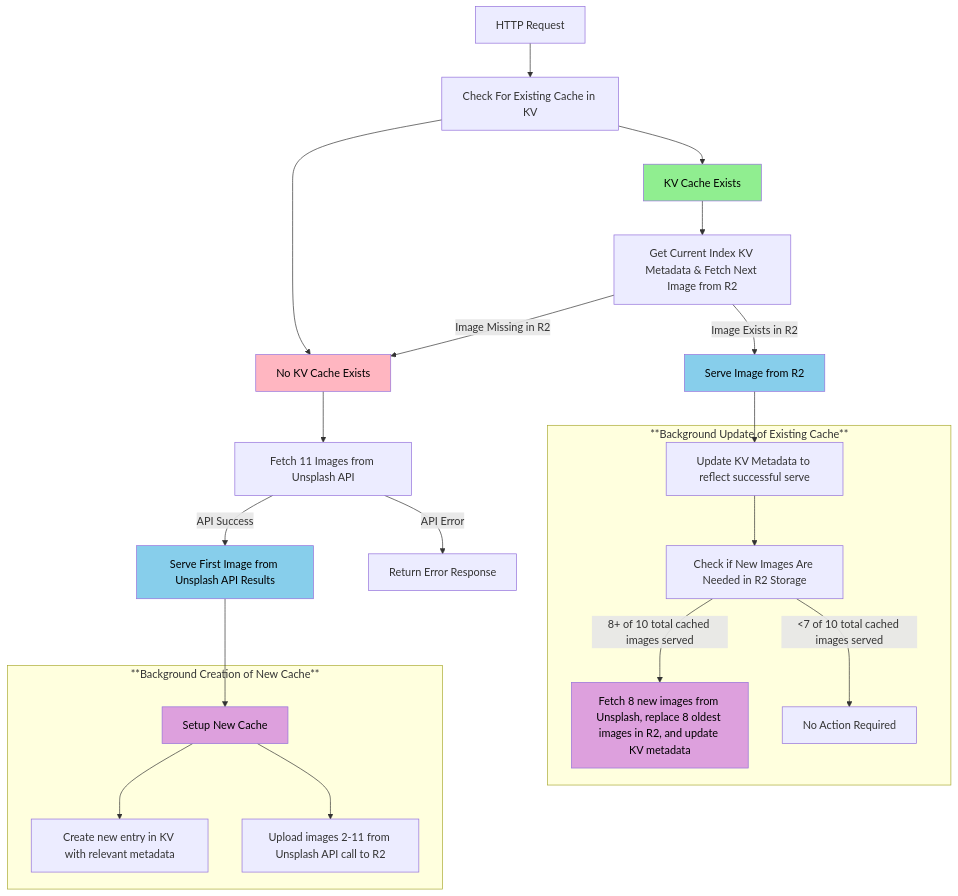
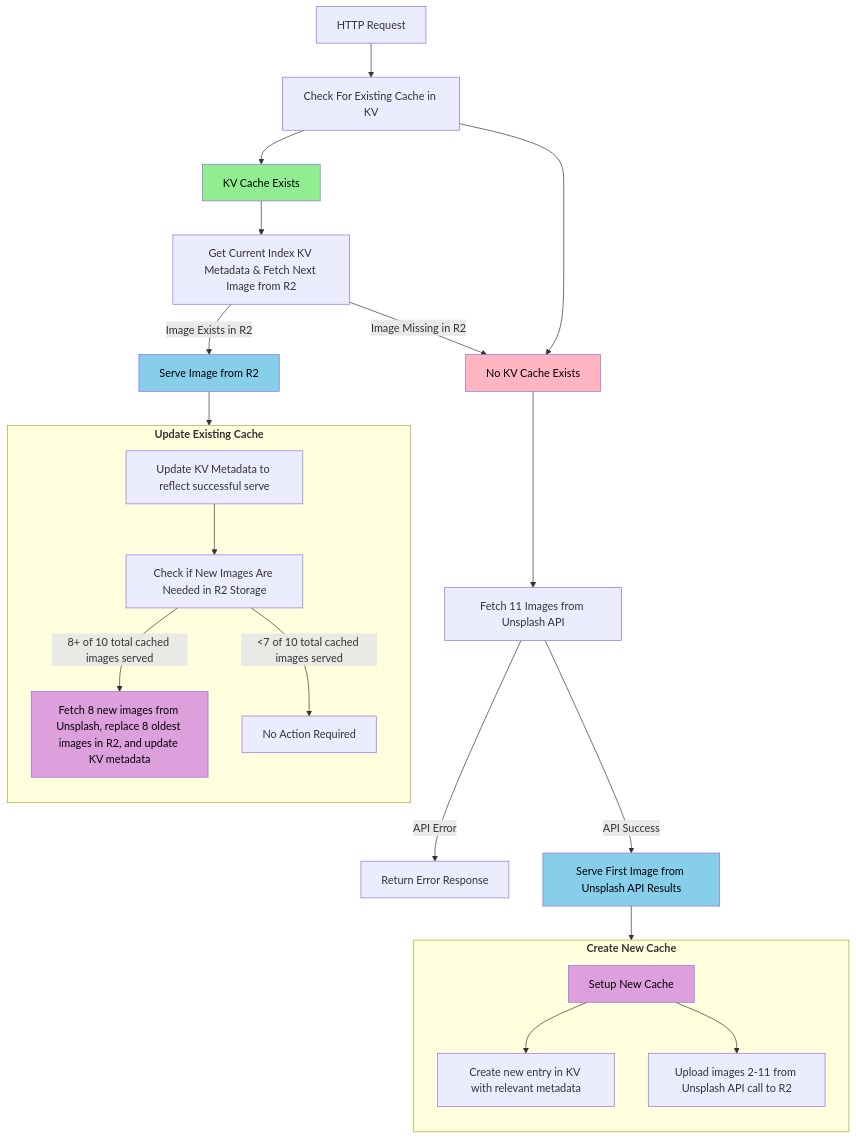
Before and after one commit to connorshinn/unsplash-Backgrounds: the first of 2 diagrams in README.md, drawn with Mermaid. The commit also changed other lines of this file and 1 other file, not shown here.

````diff
--- a/README.md
+++ b/README.md
@@ -178,31 +178,37 @@
 ```mermaid
+---
+config:
+  markdownAutoWrap: false
+---
 flowchart TD;
     Start[HTTP Request] --> CacheCheck[Check For Existing Cache in KV];
     CacheCheck --> CacheHit[KV Cache Exists];
     CacheCheck --> CacheMiss[No KV Cache Exists];
     %% Cache Hit Path;
     CacheHit --> FetchR2[Get Current Index KV Metadata & Fetch Next Image from R2];
     FetchR2 -->|Image Exists in R2| ServeImage[Serve Image from R2];
     FetchR2 -->|Image Missing in R2| CacheMiss;
-    ServeImage --> UpdateMeta[Update KV Metadata to reflect successful serve];
-    subgraph "**Background Update of Existing Cache**";
-    UpdateMeta --> CheckRefresh[Check if New Images Are Needed in R2 Storage];
+    ServeImage --> existing;
+    subgraph existing ["`**Update Existing Cache**`"];
+    direction TB;
+    UpdateMeta[Update KV Metadata to reflect successful serve] --> CheckRefresh[Check if New Images Are Needed in R2 Storage];
     CheckRefresh -->|8+ of 10 total cached images served| RefreshCache[Fetch 8 new images from Unsplash, replace 8 oldest images in R2, and update KV metadata];
     CheckRefresh -->|<7 of 10 total cached images served| NoActionRequired[No Action Required];
     end;
     %% Cache Miss Path;
     CacheMiss --> FetchUnsplash[Fetch 11 Images from Unsplash API];
     FetchUnsplash -->|API Error| ErrorResponse[Return Error Response];
     FetchUnsplash -->|API Success| ServeFirst[Serve First Image from Unsplash API Results];
-    ServeFirst --> GenerateNewCache[Setup New Cache] ;
-    subgraph "**Background Creation of New Cache**";
-    GenerateNewCache --> PopulateNewKVCache[Create new entry in KV with relevant metadata];
-    GenerateNewCache --> PopulateR2[Upload images 2-11 from Unsplash API call to R2];
+    ServeFirst --> new;
+    subgraph new["`**Create New Cache**`"];
+    direction TB;
+    GenerateNewCache[Setup New Cache] --> PopulateNewKVCache[Create new entry in KV with relevant metadata];
+    GenerateNewCache[Setup New Cache] --> PopulateR2[Upload images 2-11 from Unsplash API call to R2];
     end;
     style CacheHit fill:#90EE90,color:#000000;
     style CacheMiss fill:#FFB6C1,color:#000000;
     style ServeImage fill:#87CEEB,color:#000000;
     style ServeFirst fill:#87CEEB,color:#000000;
     style RefreshCache fill:#DDA0DD,color:#000000;
     style GenerateNewCache fill:#DDA0DD,color:#000000  
 ```
````
